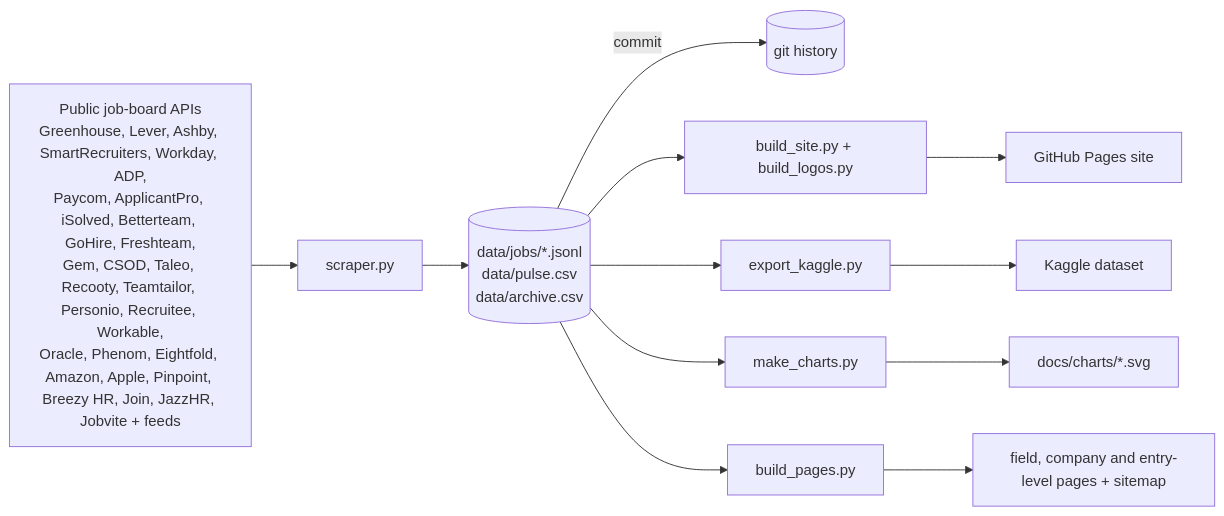
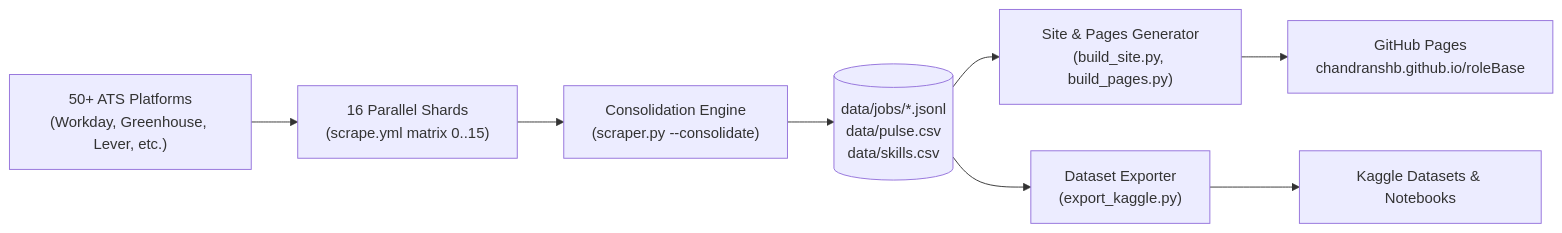
Before and after one commit to chandranshB/roleBase: the diagram in README.md, drawn with Mermaid. The commit also changed other lines of this file, not shown here.

Commit message:
docs: streamline README with concise architecture, clear data specs, and direct developer commands

````diff
--- a/README.md
+++ b/README.md
@@ -71,10 +107,10 @@
 ```mermaid
 flowchart LR
-  A["Public job-board APIs<br/>Greenhouse, Lever, Ashby, SmartRecruiters, Workday, ADP,<br/>Paycom, ApplicantPro, iSolved, Betterteam, GoHire, Freshteam,<br/>Gem, CSOD, Taleo, Recooty, Teamtailor, Personio, Recruitee, Workable,<br/>Oracle, Phenom, Eightfold, Amazon, Apple, Pinpoint, Breezy HR, Join, JazzHR, Jobvite + feeds"] --> B[scraper.py]
-  B --> C[("data/jobs/*.jsonl<br/>data/pulse.csv<br/>data/archive.csv")]
-  C -->|commit| G[(git history)]
-  C --> D[build_site.py + build_logos.py] --> E[GitHub Pages site]
-  C --> F[export_kaggle.py] --> H[Kaggle dataset]
-  C --> I[make_charts.py] --> J[docs/charts/*.svg]
-  C --> K[build_pages.py] --> L[field, company and entry-level pages + sitemap]
+    A["50+ ATS Platforms<br/>(Workday, Greenhouse, Lever, etc.)"] --> B["16 Parallel Shards<br/>(scrape.yml matrix 0..15)"]
+    B --> C["Consolidation Engine<br/>(scraper.py --consolidate)"]
+    C --> D[("data/jobs/*.jsonl<br/>data/pulse.csv<br/>data/skills.csv")]
+    D --> E["Site & Pages Generator<br/>(build_site.py, build_pages.py)"]
+    D --> F["Dataset Exporter<br/>(export_kaggle.py)"]
+    E --> G["GitHub Pages<br/>chandranshb.github.io/roleBase"]
+    F --> H["Kaggle Datasets & Notebooks"]
 ```
````
